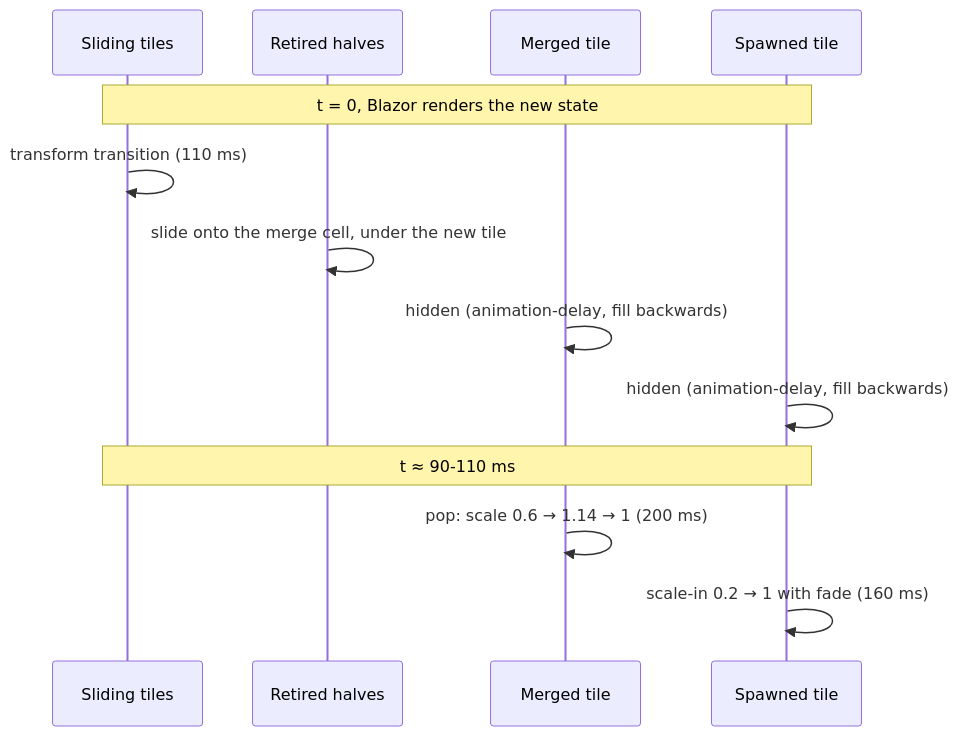
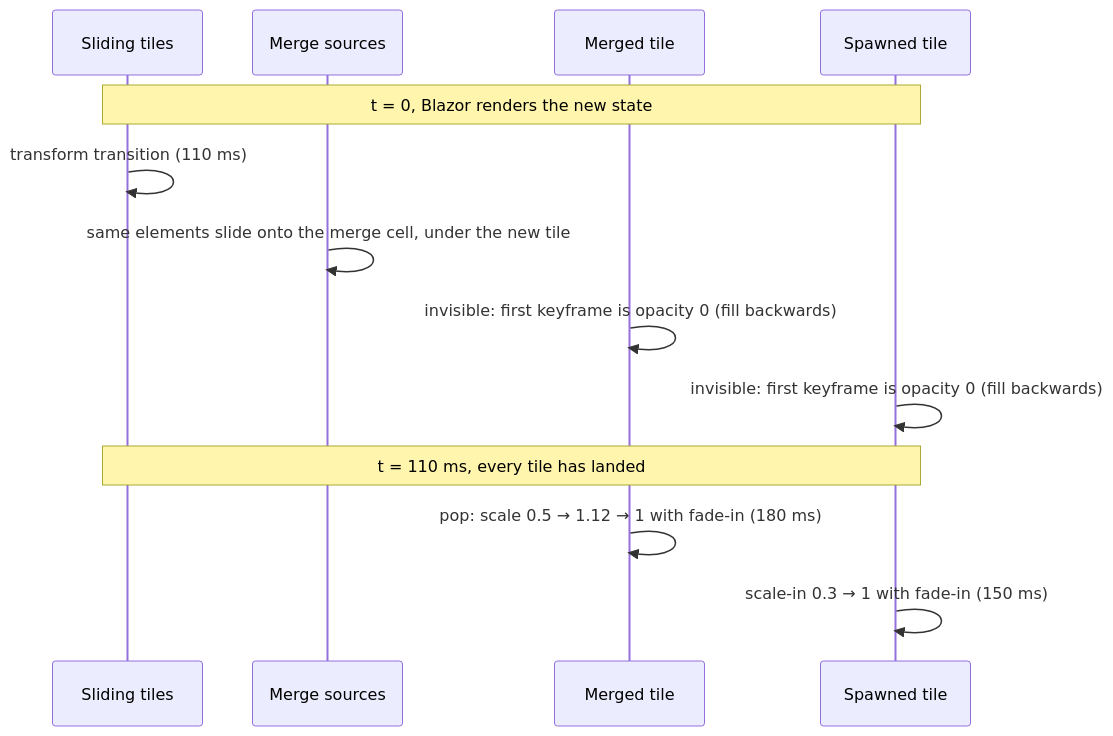
Before and after one commit to gkizior/blazor-2048: the second of 2 diagrams in docs/theming-and-animations.md, drawn with Mermaid. The commit also changed other lines of this file and 21 other files, not shown here.

First line of the commit message:
Fix choppy tile animations: no early merge pops, no cut-short spawns

````diff
--- a/docs/theming-and-animations.md
+++ b/docs/theming-and-animations.md
@@ -89,16 +90,16 @@
 ```mermaid
 sequenceDiagram
     accTitle: Timeline of one move
     participant S as Sliding tiles
-    participant R as Retired halves
+    participant R as Merge sources
     participant M as Merged tile
     participant N as Spawned tile
     Note over S,N: t = 0, Blazor renders the new state
     S->>S: transform transition (110 ms)
-    R->>R: slide onto the merge cell, under the new tile
-    M->>M: hidden (animation-delay, fill backwards)
-    N->>N: hidden (animation-delay, fill backwards)
-    Note over S,N: t ≈ 90-110 ms
-    M->>M: pop: scale 0.6 → 1.14 → 1 (200 ms)
-    N->>N: scale-in 0.2 → 1 with fade (160 ms)
+    R->>R: same elements slide onto the merge cell, under the new tile
+    M->>M: invisible: first keyframe is opacity 0 (fill backwards)
+    N->>N: invisible: first keyframe is opacity 0 (fill backwards)
+    Note over S,N: t = 110 ms, every tile has landed
+    M->>M: pop: scale 0.5 → 1.12 → 1 with fade-in (180 ms)
+    N->>N: scale-in 0.3 → 1 with fade-in (150 ms)
 ```
````
